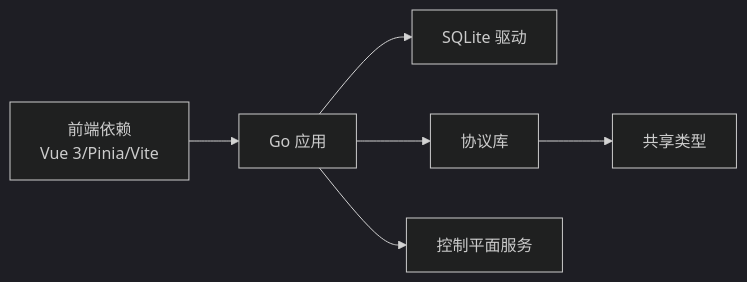
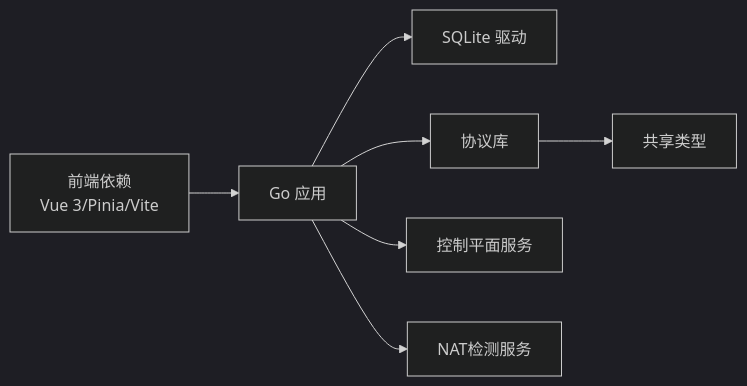
One commit to itsharex/NexTunnel changed the seventh of 7 diagrams in .qoder/repowiki/zh/content/开发者指南/项目进度跟踪.md. Above: the diagram before and after it, drawn with Mermaid (dark theme). The commit also changed other lines of this file and 6 other files, not shown here.

First line of the commit message:
docs(progress): 更新项目进度，标记 Phase 2 完成并完善相关文档和视图

````diff
--- a/.qoder/repowiki/zh/content/开发者指南/项目进度跟踪.md
+++ b/.qoder/repowiki/zh/content/开发者指南/项目进度跟踪.md
@@ -314,8 +407,9 @@
 ```mermaid
 graph LR
 FE["前端依赖<br/>Vue 3/Pinia/Vite"] --> APP["Go 应用"]
 APP --> SQLITE["SQLite 驱动"]
 APP --> PROTO["协议库"]
 PROTO --> TYPES["共享类型"]
 APP --> SERVER["控制平面服务"]
+APP --> P2PSERVER["NAT检测服务"]
 ```
````
